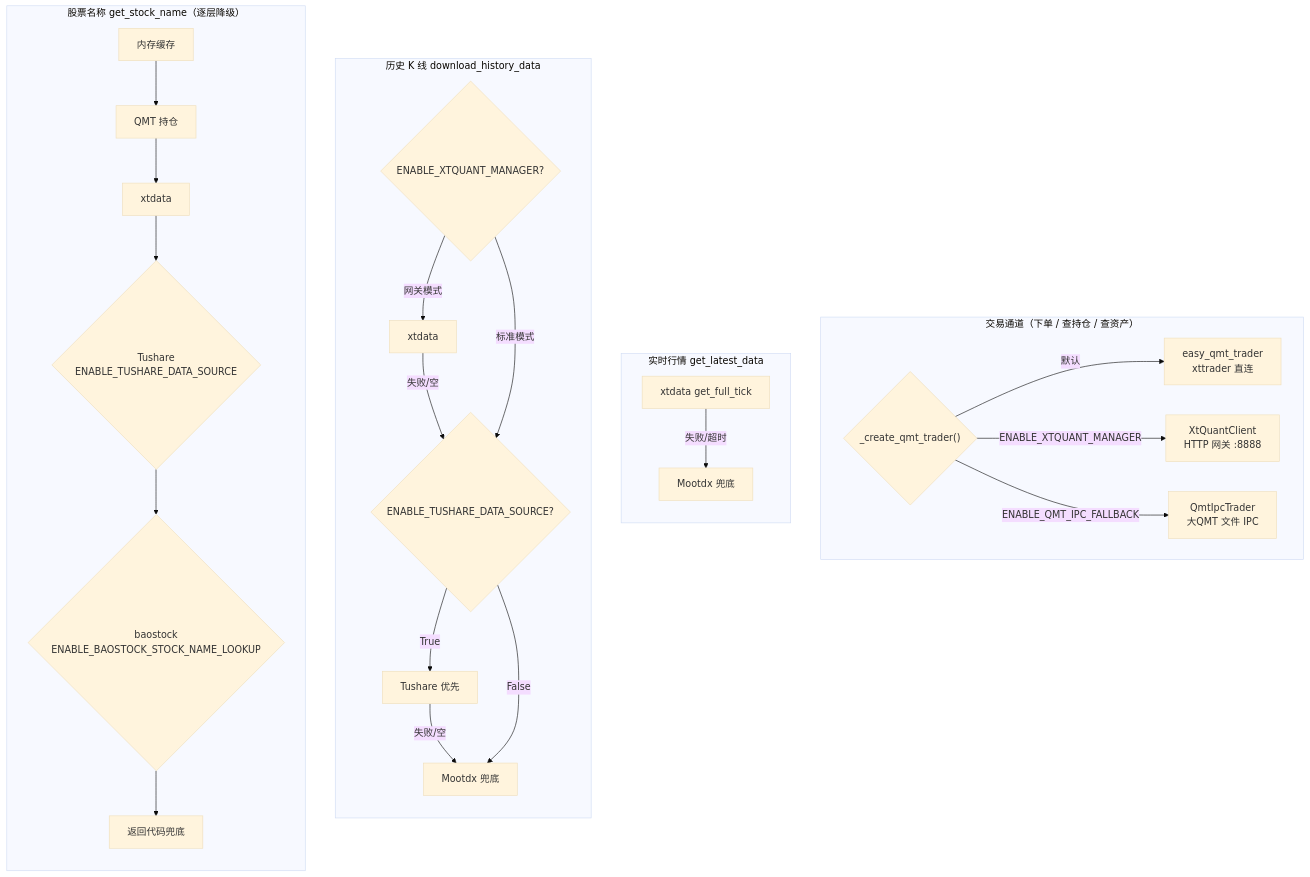
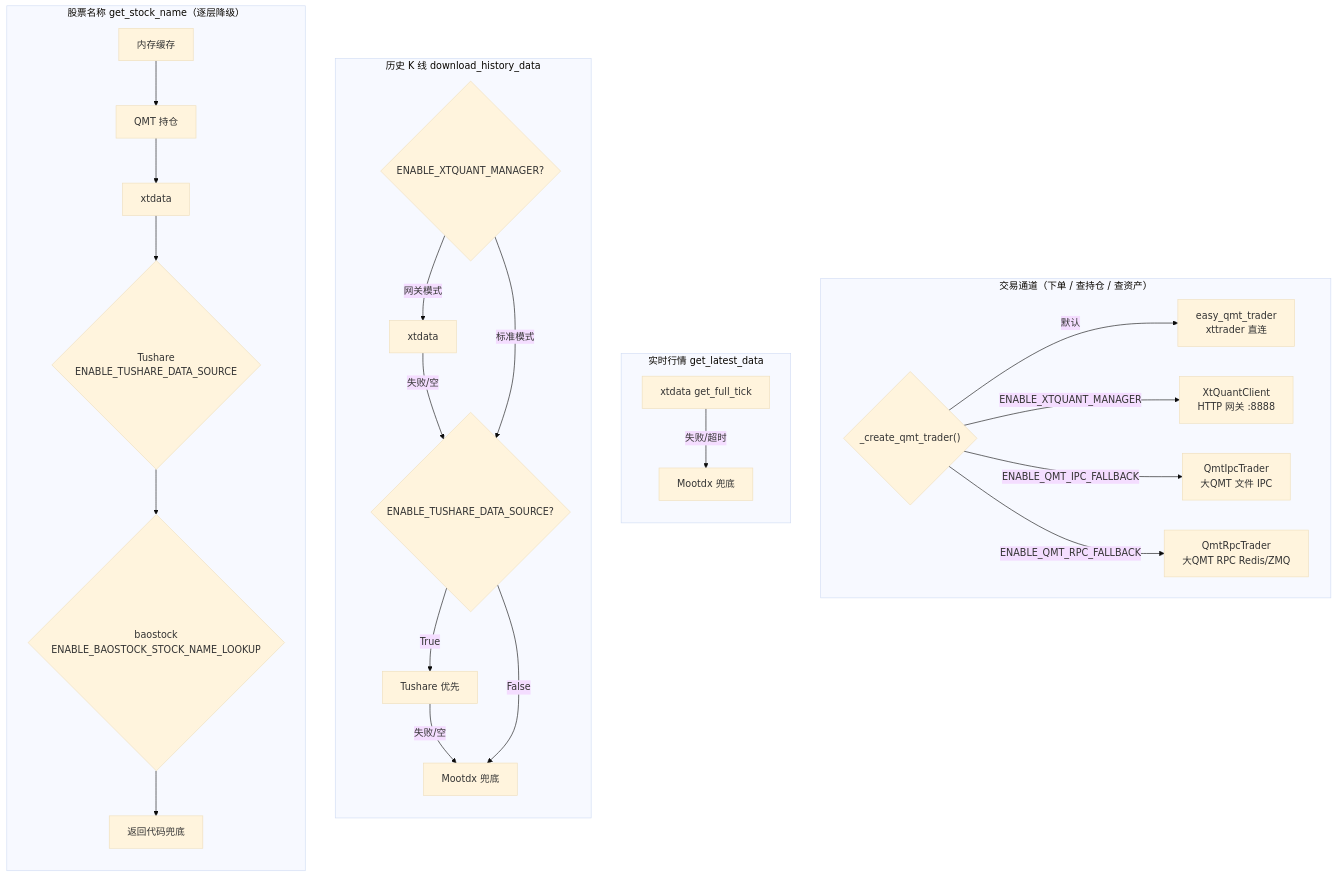
One commit to Liu-Song-DTC/miniQMT changed the second of 2 diagrams in docs/site/miniqmt/configuration.md. Above: the diagram before and after it, drawn with Mermaid (base theme). The commit also changed other lines of this file and 3 other files, not shown here.

````diff
--- a/docs/site/miniqmt/configuration.md
+++ b/docs/site/miniqmt/configuration.md
@@ -72,31 +72,32 @@
 ```mermaid
 flowchart TD
     subgraph CH["交易通道（下单 / 查持仓 / 查资产）"]
         direction LR
         F{"_create_qmt_trader()"}
         F -->|默认| EASY["easy_qmt_trader<br/>xttrader 直连"]
         F -->|ENABLE_XTQUANT_MANAGER| XQM["XtQuantClient<br/>HTTP 网关 :8888"]
         F -->|ENABLE_QMT_IPC_FALLBACK| IPC["QmtIpcTrader<br/>大QMT 文件 IPC"]
+        F -->|ENABLE_QMT_RPC_FALLBACK| RPC["QmtRpcTrader<br/>大QMT RPC Redis/ZMQ"]
     end
 
     subgraph RT["实时行情 get_latest_data"]
         direction TB
         RT1["xtdata get_full_tick"] -->|失败/超时| RT2["Mootdx 兜底"]
     end
 
     subgraph HIS["历史 K 线 download_history_data"]
         direction TB
         HGW{"ENABLE_XTQUANT_MANAGER?"}
         HGW -->|网关模式| HXT["xtdata"]
         HXT -->|失败/空| HTS{"ENABLE_TUSHARE_DATA_SOURCE?"}
         HGW -->|标准模式| HTS
         HTS -->|True| HTS2["Tushare 优先"]
         HTS2 -->|失败/空| HMO["Mootdx 兜底"]
         HTS -->|False| HMO
     end
 
     subgraph NAME["股票名称 get_stock_name（逐层降级）"]
         direction TB
         N1["内存缓存"] --> N2["QMT 持仓"] --> N3["xtdata"] --> N4{"Tushare<br/>ENABLE_TUSHARE_DATA_SOURCE"} --> N5{"baostock<br/>ENABLE_BAOSTOCK_STOCK_NAME_LOOKUP"} --> N6["返回代码兜底"]
     end
 ```
````
